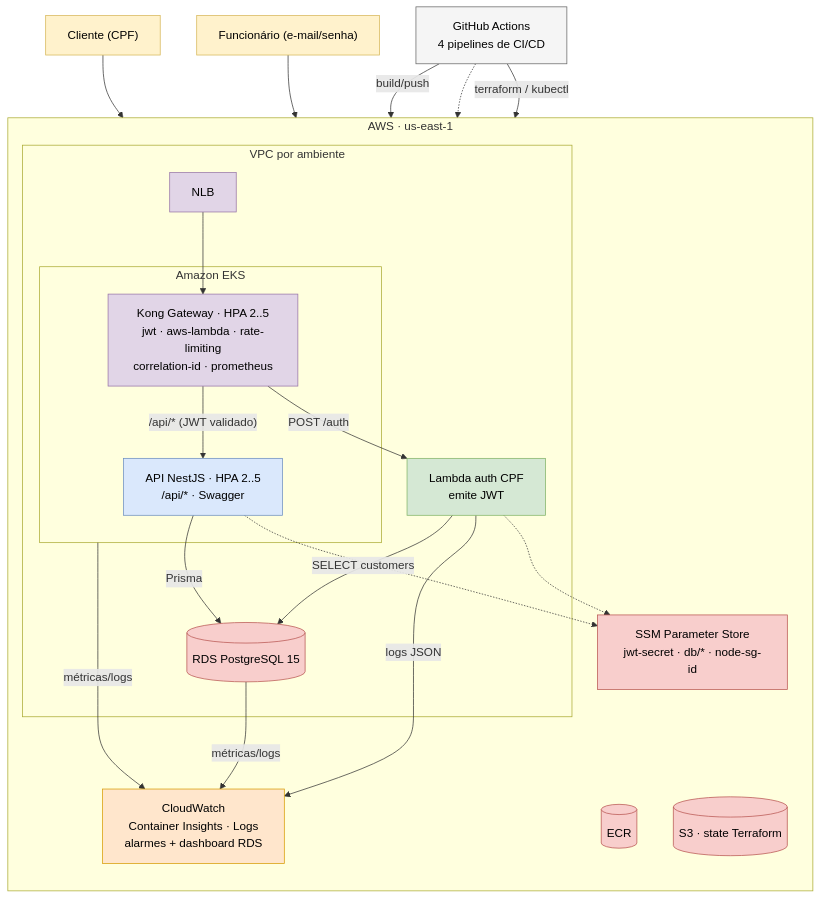
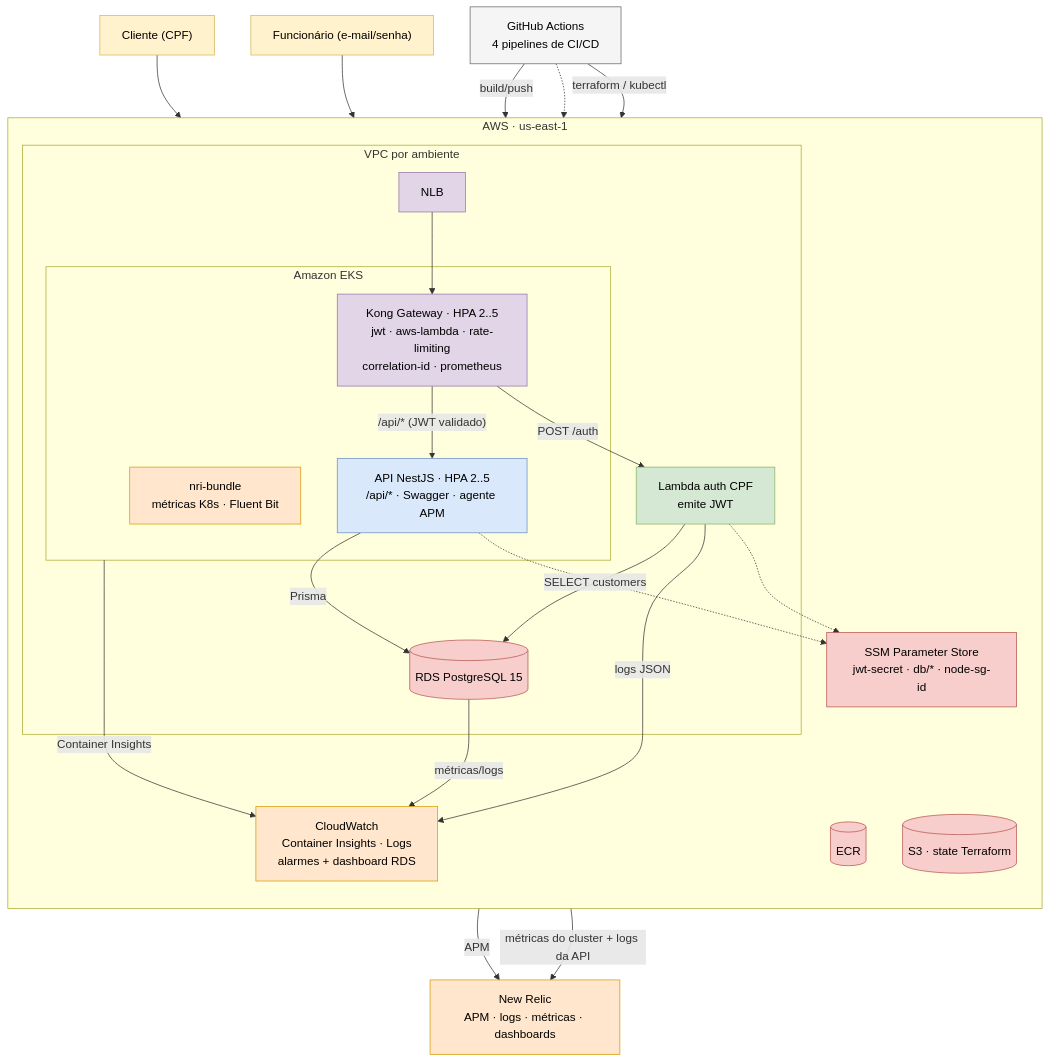
The first of 3 diagrams in README.md (Jean-Carlo-Torres/tech-challenge-docs), drawn with Mermaid before and after one commit. The commit also changed other lines of this file and 15 other files, not shown here.

First line of the commit message:
Add New Relic dashboards documentation with JSON and PNG files

````diff
--- a/README.md
+++ b/README.md
@@ -60,48 +61,52 @@
 ```mermaid
 flowchart TB
     classDef user fill:#fff2cc,stroke:#d6b656,color:#000
     classDef gw fill:#e1d5e7,stroke:#9673a6,color:#000
     classDef app fill:#dae8fc,stroke:#6c8ebf,color:#000
     classDef fn fill:#d5e8d4,stroke:#82b366,color:#000
     classDef data fill:#f8cecc,stroke:#b85450,color:#000
     classDef mon fill:#ffe6cc,stroke:#d79b00,color:#000
     classDef ci fill:#f5f5f5,stroke:#666,color:#000
 
     CLI["Cliente (CPF)"]:::user
     STAFF["Funcionário (e-mail/senha)"]:::user
     GHA["GitHub Actions<br/>4 pipelines de CI/CD"]:::ci
 
     subgraph AWS["AWS · us-east-1"]
         direction TB
         ECR[("ECR")]:::data
         S3[("S3 · state Terraform")]:::data
         SSM["SSM Parameter Store<br/>jwt-secret · db/* · node-sg-id"]:::data
         CW["CloudWatch<br/>Container Insights · Logs<br/>alarmes + dashboard RDS"]:::mon
 
         subgraph VPC["VPC por ambiente"]
             NLB["NLB"]:::gw
             subgraph EKS["Amazon EKS"]
                 KONG["Kong Gateway · HPA 2..5<br/>jwt · aws-lambda · rate-limiting<br/>correlation-id · prometheus"]:::gw
-                API["API NestJS · HPA 2..5<br/>/api/* · Swagger"]:::app
+                API["API NestJS · HPA 2..5<br/>/api/* · Swagger · agente APM"]:::app
+                NRB["nri-bundle<br/>métricas K8s · Fluent Bit"]:::mon
             end
             LAMBDA["Lambda auth CPF<br/>emite JWT"]:::fn
             RDS[("RDS PostgreSQL 15")]:::data
         end
     end
 
     CLI --> NLB
     STAFF --> NLB
     NLB --> KONG
     KONG -->|"POST /auth"| LAMBDA
     KONG -->|"/api/* (JWT validado)"| API
     LAMBDA -->|"SELECT customers"| RDS
     API -->|"Prisma"| RDS
     LAMBDA -.-> SSM
     API -.-> SSM
     GHA -->|"build/push"| ECR
     GHA -->|"terraform / kubectl"| AWS
     GHA -.-> S3
-    EKS -->|"métricas/logs"| CW
+    NR["New Relic<br/>APM · logs · métricas · dashboards"]:::mon
+    API -->|"APM"| NR
+    NRB -->|"métricas do cluster + logs da API"| NR
+    EKS -->|"Container Insights"| CW
     LAMBDA -->|"logs JSON"| CW
     RDS -->|"métricas/logs"| CW
 ```
````
